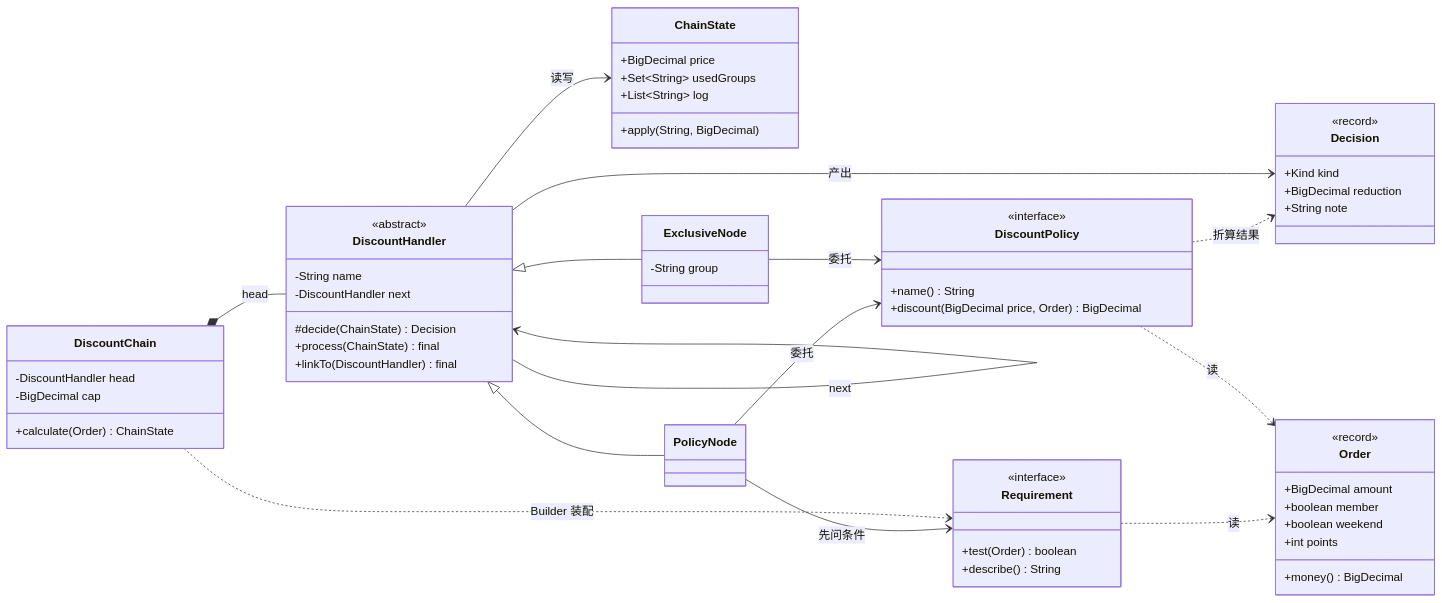
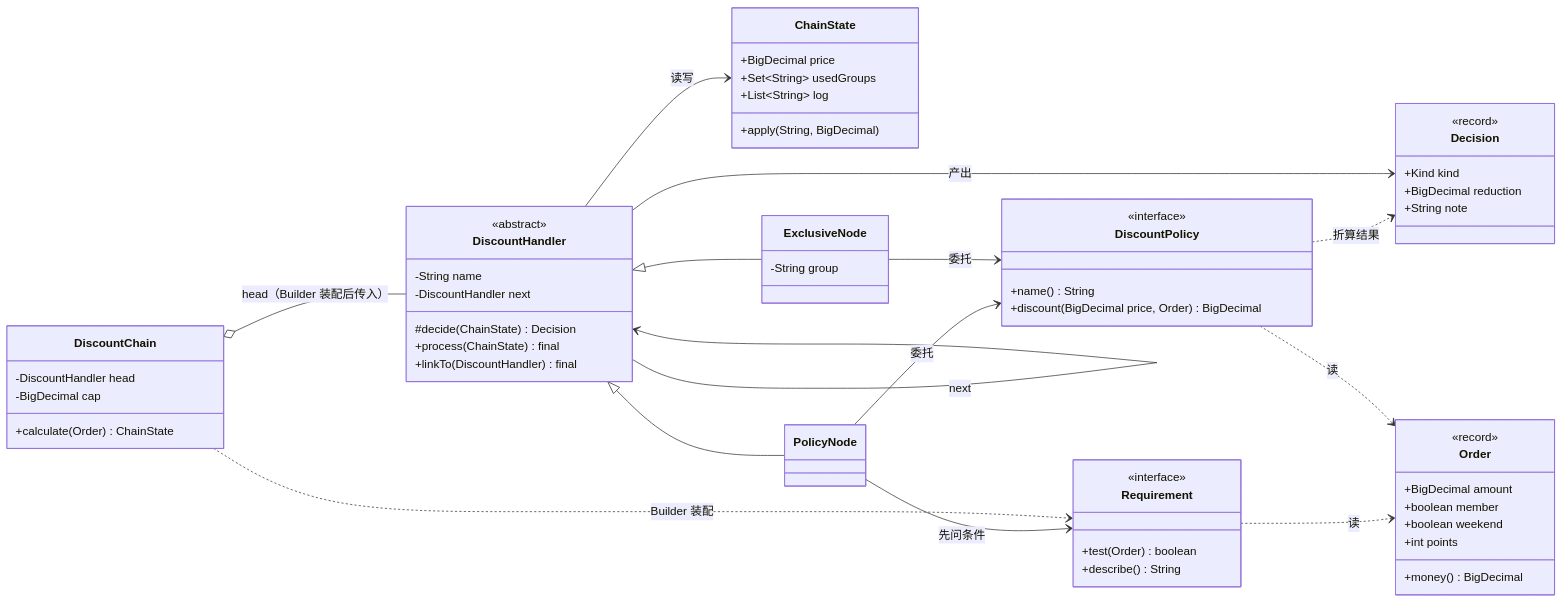
One commit to hglgh/design_patterns_pro changed the first of 2 diagrams in docs/practice/01-order-discount.md. Above: the diagram before and after it, drawn with Mermaid. The commit also changed other lines of this file and 16 other files, not shown here.

````diff
--- a/docs/practice/01-order-discount.md
+++ b/docs/practice/01-order-discount.md
@@ -240,65 +243,65 @@
 ```mermaid
 classDiagram
     direction LR
     class Order {
         <<record>>
         +BigDecimal amount
         +boolean member
         +boolean weekend
         +int points
         +money() BigDecimal
     }
     class Requirement {
         <<interface>>
         +test(Order) boolean
         +describe() String
     }
     class DiscountPolicy {
         <<interface>>
         +name() String
         +discount(BigDecimal price, Order) BigDecimal
     }
     class Decision {
         <<record>>
         +Kind kind
         +BigDecimal reduction
         +String note
     }
     class ChainState {
         +BigDecimal price
         +Set~String~ usedGroups
         +List~String~ log
         +apply(String, BigDecimal)
     }
     class DiscountHandler {
         <<abstract>>
         -String name
         -DiscountHandler next
         #decide(ChainState) Decision
         +process(ChainState) final
         +linkTo(DiscountHandler) final
     }
     class PolicyNode
     class ExclusiveNode {
         -String group
     }
     class DiscountChain {
         -DiscountHandler head
         -BigDecimal cap
         +calculate(Order) ChainState
     }
 
     Requirement ..> Order : 读
     DiscountPolicy ..> Order : 读
     DiscountPolicy ..> Decision : 折算结果
     DiscountHandler --> Decision : 产出
     DiscountHandler --> ChainState : 读写
     DiscountHandler <|-- PolicyNode
     DiscountHandler <|-- ExclusiveNode
     DiscountHandler --> DiscountHandler : next
     PolicyNode --> DiscountPolicy : 委托
     PolicyNode --> Requirement : 先问条件
     ExclusiveNode --> DiscountPolicy : 委托
-    DiscountChain *-- DiscountHandler : head
+    DiscountChain o-- DiscountHandler : head（Builder 装配后传入）
     DiscountChain ..> Requirement : Builder 装配
 ```
````
